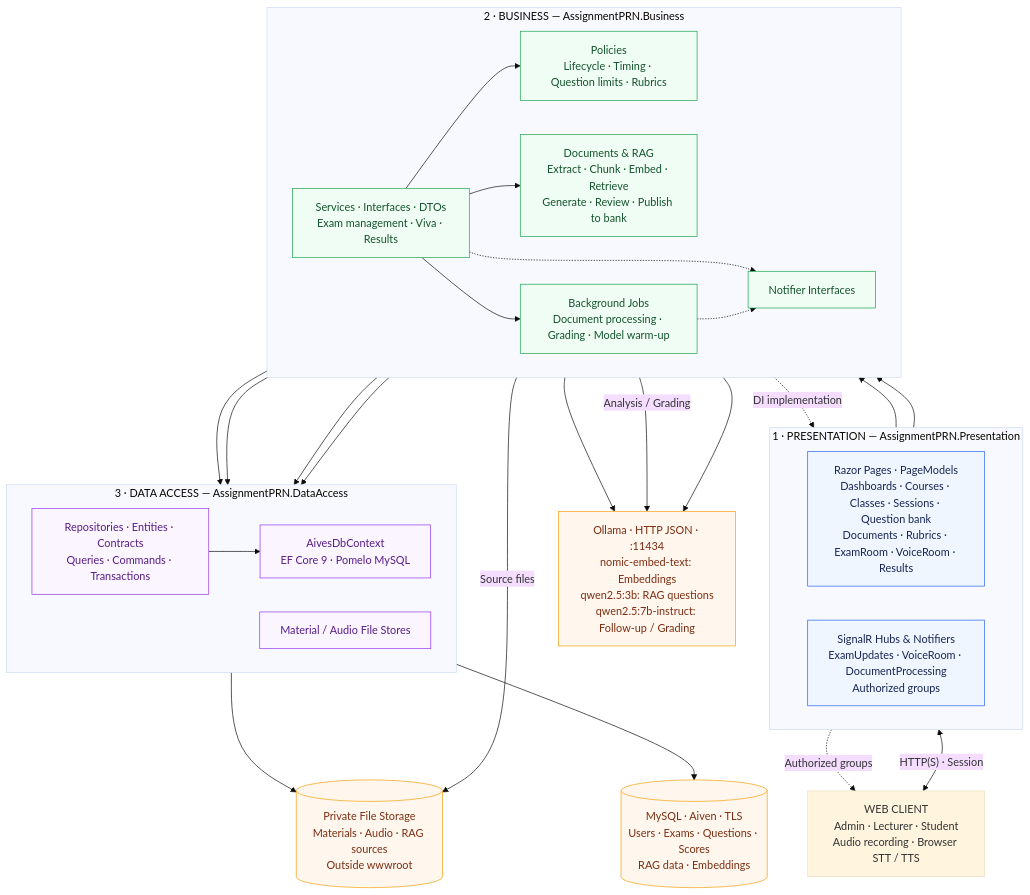
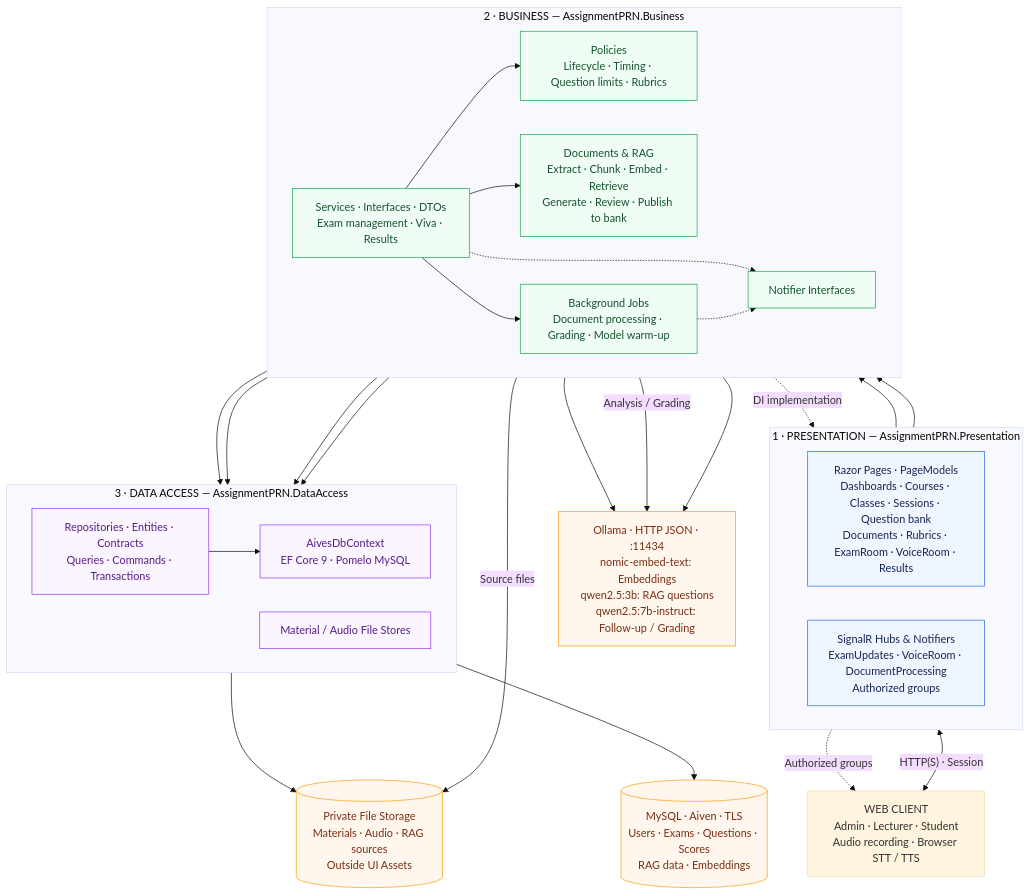
The diagram in docs/architecture.mmd (zanh154/AS2), drawn with Mermaid (base theme) before and after one commit. The commit also changed 69 other files, not shown here.

```diff
--- a/docs/architecture.mmd
+++ b/docs/architecture.mmd
@@ -1,51 +1,51 @@
 flowchart TB
     Browser["WEB CLIENT<br/>Admin · Lecturer · Student<br/>Audio recording · Browser STT / TTS"]
     subgraph P["1 · PRESENTATION — AssignmentPRN.Presentation"]
       direction LR
       Pages["Razor Pages · PageModels<br/>Dashboards · Courses · Classes · Sessions · Question bank<br/>Documents · Rubrics · ExamRoom · VoiceRoom · Results"]
       Hubs["SignalR Hubs & Notifiers<br/>ExamUpdates · VoiceRoom · DocumentProcessing<br/>Authorized groups"]
     end
     subgraph B["2 · BUSINESS — AssignmentPRN.Business"]
       direction LR
       Services["Services · Interfaces · DTOs<br/>Exam management · Viva · Results"]
       Rules["Policies<br/>Lifecycle · Timing · Question limits · Rubrics"]
       Rag["Documents & RAG<br/>Extract · Chunk · Embed · Retrieve<br/>Generate · Review · Publish to bank"]
       Jobs["Background Jobs<br/>Document processing · Grading · Model warm-up"]
       Ports["Notifier Interfaces"]
     end
     subgraph D["3 · DATA ACCESS — AssignmentPRN.DataAccess"]
       direction LR
       Repo["Repositories · Entities · Contracts<br/>Queries · Commands · Transactions"]
       EF["AivesDbContext<br/>EF Core 9 · Pomelo MySQL"]
       Store["Material / Audio File Stores"]
     end
     DB[("MySQL · Aiven · TLS<br/>Users · Exams · Questions · Scores<br/>RAG data · Embeddings")]
-    Files[("Private File Storage<br/>Materials · Audio · RAG sources<br/>Outside wwwroot")]
+    Files[("Private File Storage<br/>Materials · Audio · RAG sources<br/>Outside UI Assets")]
     AI["Ollama · HTTP JSON · :11434<br/>nomic-embed-text: Embeddings<br/>qwen2.5:3b: RAG questions<br/>qwen2.5:7b-instruct: Follow-up / Grading"]
     Browser <-->|"HTTP(S) · Session"| Pages
     Pages --> Services
     Hubs --> Services
     Services --> Rules
     Services --> Rag
     Services --> Jobs
     Services --> Repo
     Jobs --> Repo
     Rag --> Repo
     Repo --> EF --> DB
     Services --> Store --> Files
     Rag -->|"Source files"| Files
     Rag --> AI
     Services -->|"Analysis / Grading"| AI
     Jobs --> AI
     Services -.-> Ports
     Jobs -.-> Ports
     Ports -.->|"DI implementation"| Hubs
     Hubs -.->|"Authorized groups"| Browser
     classDef web fill:#eff6ff,stroke:#2563eb,color:#172554
     classDef business fill:#f0fdf4,stroke:#16a34a,color:#14532d
     classDef data fill:#faf5ff,stroke:#9333ea,color:#581c87
     classDef resource fill:#fff7ed,stroke:#f59e0b,color:#7c2d12
     class Pages,Hubs web
     class Services,Rules,Rag,Jobs,Ports business
     class Repo,EF,Store data
     class DB,Files,AI resource
```
